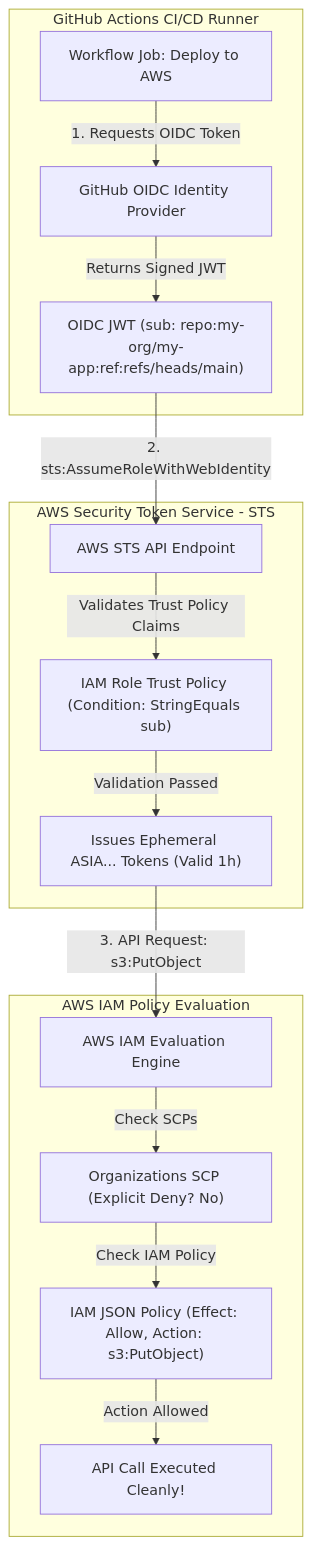
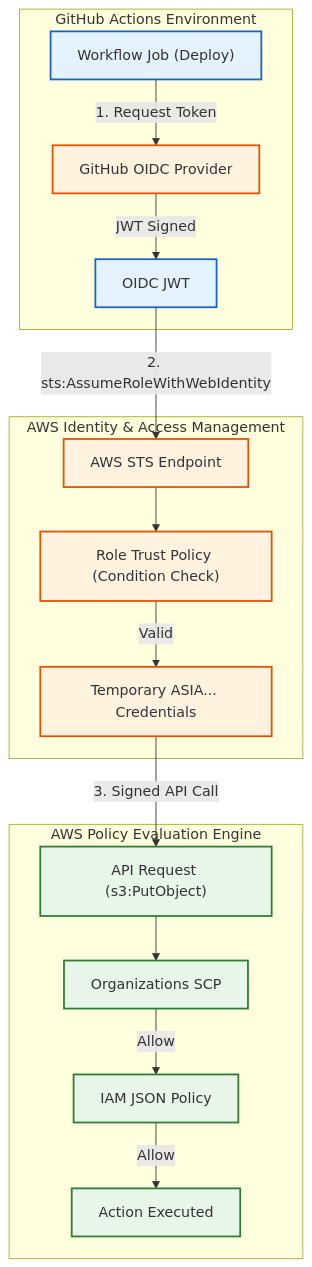
Before and after one commit to aloysiuspattath/platform-engineering-ai-course: the diagram in courses/platform-engineering/modules/module-09/lesson-02.md, drawn with Mermaid. The commit also changed 114 other files, not shown here.

Commit message:
refactor: massive swarm diagram review enforcing architectural layers and strict color palette

````diff
--- a/courses/platform-engineering/modules/module-09/lesson-02.md
+++ b/courses/platform-engineering/modules/module-09/lesson-02.md
@@ -119,20 +119,38 @@
 ```mermaid
 flowchart TD
-    subgraph GitHubEngine [GitHub Actions CI/CD Runner]
-        JOB["Workflow Job: Deploy to AWS"] -->|1. Requests OIDC Token| OIDC_PROV["GitHub OIDC Identity Provider"]
-        OIDC_PROV -->|Returns Signed JWT| JWT["OIDC JWT (sub: repo:my-org/my-app:ref:refs/heads/main)"]
+    classDef pipeline fill:#e3f2fd,stroke:#1565c0,stroke-width:2px;
+    classDef provider fill:#fff3e0,stroke:#e65100,stroke-width:2px;
+    classDef engine fill:#e8f5e9,stroke:#2e7d32,stroke-width:2px;
+
+    subgraph GithubEnv [GitHub Actions Environment]
+        JOB["Workflow Job (Deploy)"]
+        JOB -->|1. Request Token| OIDC_PROV["GitHub OIDC Provider"]
+        OIDC_PROV -->|JWT Signed| JWT["OIDC JWT"]
     end
 
-    subgraph AWSCloud [AWS Security Token Service - STS]
-        JWT -->|2. sts:AssumeRoleWithWebIdentity| STS["AWS STS API Endpoint"]
-        STS -->|Validates Trust Policy Claims| TRUST["IAM Role Trust Policy (Condition: StringEquals sub)"]
-        TRUST -->|Validation Passed| CRED["Issues Ephemeral ASIA... Tokens (Valid 1h)"]
+    subgraph AWSIAM [AWS Identity & Access Management]
+        STS["AWS STS Endpoint"]
+        TRUST["Role Trust Policy (Condition Check)"]
+        CRED["Temporary ASIA... Credentials"]
+        
+        JWT -->|2. sts:AssumeRoleWithWebIdentity| STS
+        STS --> TRUST
+        TRUST -->|Valid| CRED
     end
 
-    subgraph EvaluationEngine [AWS IAM Policy Evaluation]
-        CRED -->|3. API Request: s3:PutObject| EVAL["AWS IAM Evaluation Engine"]
-        EVAL -->|Check SCPs| SCP["Organizations SCP (Explicit Deny? No)"]
-        SCP -->|Check IAM Policy| POLICY["IAM JSON Policy (Effect: Allow, Action: s3:PutObject)"]
-        POLICY -->|Action Allowed| EXEC["API Call Executed Cleanly!"]
+    subgraph AWSEval [AWS Policy Evaluation Engine]
+        API["API Request (s3:PutObject)"]
+        SCP["Organizations SCP"]
+        POLICY["IAM JSON Policy"]
+        EXEC["Action Executed"]
+        
+        CRED -->|3. Signed API Call| API
+        API --> SCP
+        SCP -->|Allow| POLICY
+        POLICY -->|Allow| EXEC
     end
+
+    class JOB,JWT pipeline;
+    class OIDC_PROV,STS,TRUST,CRED provider;
+    class API,SCP,POLICY,EXEC engine;
 ```
````
